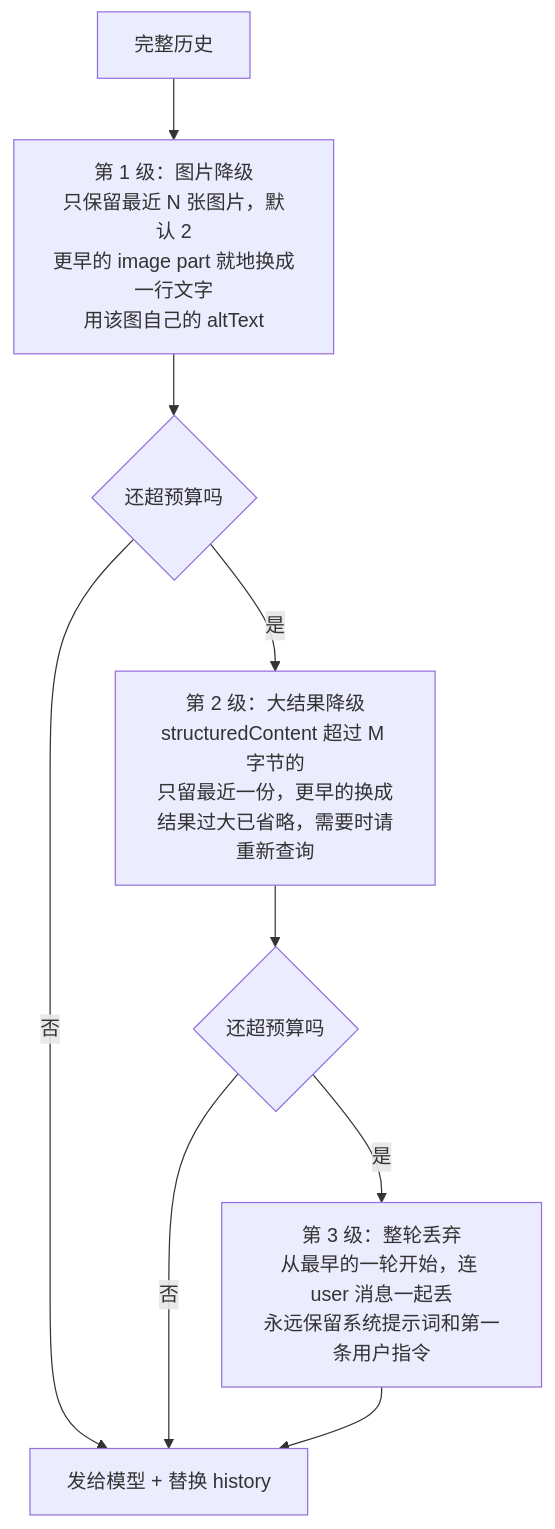
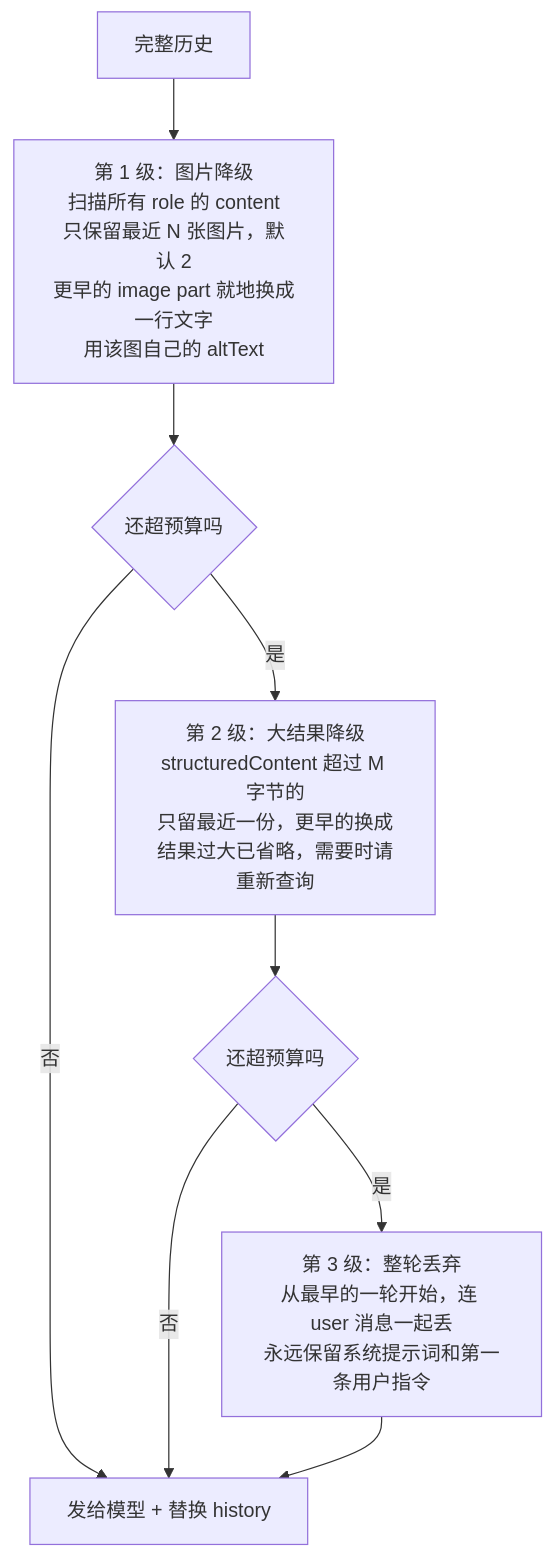
Diagram 11 of 18 in docs/superpowers/specs/2026-08-26-agent-sdk-design.md (shazhou-ww/unidocs), drawn with Mermaid before and after one commit. The commit also changed other lines of this file, not shown here.

````diff
--- a/docs/superpowers/specs/2026-08-26-agent-sdk-design.md
+++ b/docs/superpowers/specs/2026-08-26-agent-sdk-design.md
@@ -1022,11 +1106,11 @@
 ```mermaid
 flowchart TB
-    IN["完整历史"] --> L1["第 1 级：图片降级<br/>只保留最近 N 张图片，默认 2<br/>更早的 image part 就地换成一行文字<br/>用该图自己的 altText"]
+    IN["完整历史"] --> L1["第 1 级：图片降级<br/>扫描所有 role 的 content<br/>只保留最近 N 张图片，默认 2<br/>更早的 image part 就地换成一行文字<br/>用该图自己的 altText"]
     L1 --> C1{"还超预算吗"}
     C1 -->|否| OUT["发给模型 + 替换 history"]
     C1 -->|是| L2["第 2 级：大结果降级<br/>structuredContent 超过 M 字节的<br/>只留最近一份，更早的换成<br/>结果过大已省略，需要时请重新查询"]
     L2 --> C2{"还超预算吗"}
     C2 -->|否| OUT
     C2 -->|是| L3["第 3 级：整轮丢弃<br/>从最早的一轮开始，连 user 消息一起丢<br/>永远保留系统提示词和第一条用户指令"]
     L3 --> OUT
 ```
````
